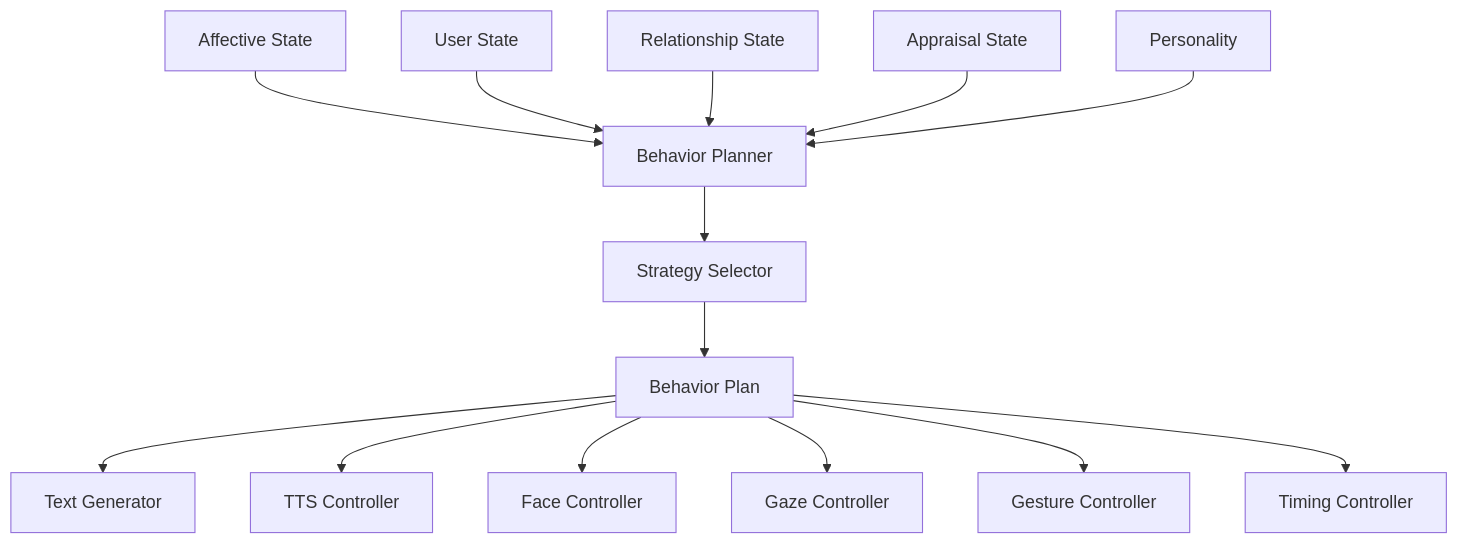
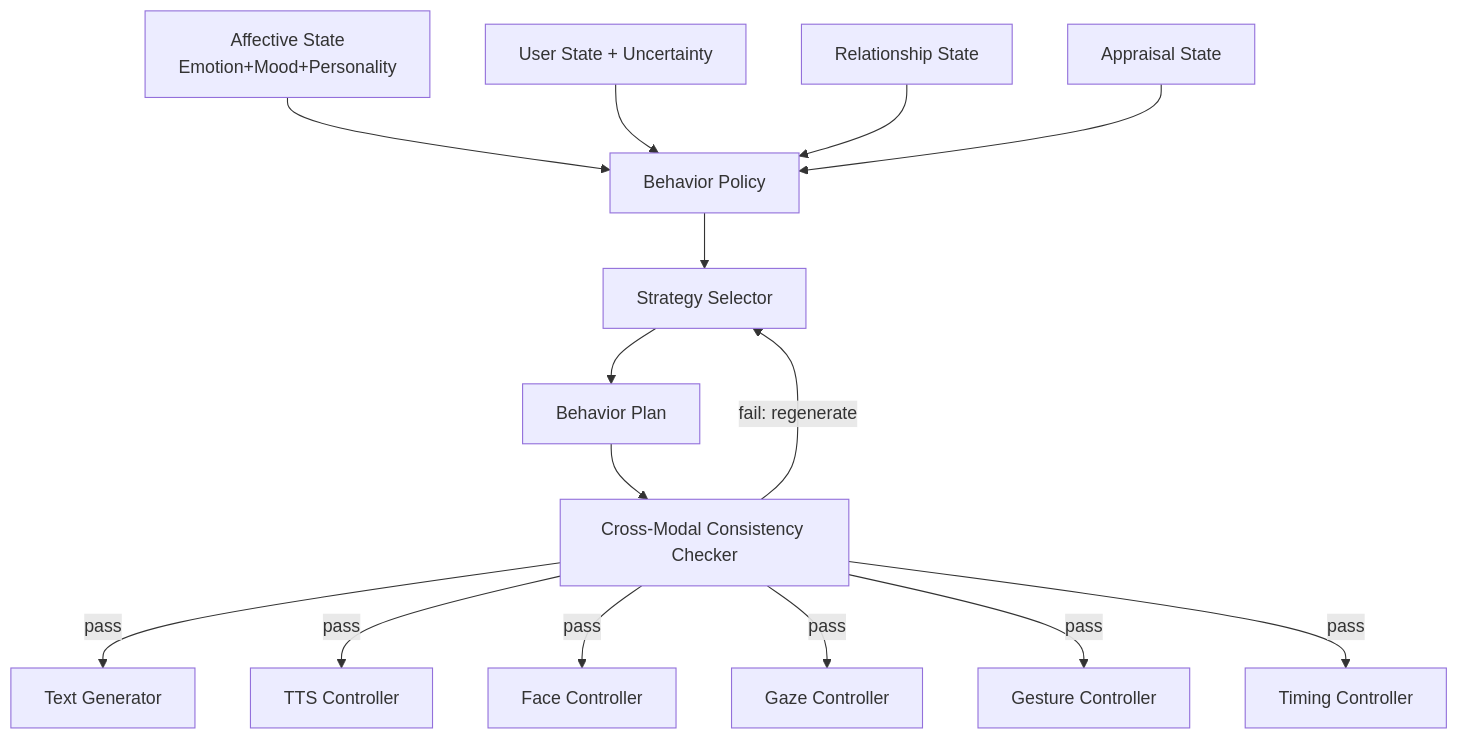
Before and after one commit to ankushkumar14092-dot/EVIORA: the fifth of 13 diagrams in architeqture.md, drawn with Mermaid. The commit also changed other lines of this file, not shown here.

Commit message:
Upgrade architecture v1.0 → v2.0: score 8.6 → 9.5+ with 12 scientific improvements

````diff
--- a/architeqture.md
+++ b/architeqture.md
@@ -968,16 +1364,17 @@
 ```mermaid
 graph TD
-    AS[Affective State] --> BP[Behavior Planner]
-    US[User State] --> BP
-    REL[Relationship State] --> BP
-    APP[Appraisal State] --> BP
-    PERS[Personality] --> BP
-    BP --> STRAT[Strategy Selector]
+    AS[Affective State\nEmotion+Mood+Personality] --> BPOL[Behavior Policy]
+    US[User State + Uncertainty] --> BPOL
+    REL[Relationship State] --> BPOL
+    APP[Appraisal State] --> BPOL
+    BPOL --> STRAT[Strategy Selector]
     STRAT --> PLAN[Behavior Plan]
-    PLAN --> TXT[Text Generator]
-    PLAN --> TTS[TTS Controller]
-    PLAN --> FACE[Face Controller]
-    PLAN --> GAZE[Gaze Controller]
-    PLAN --> GEST[Gesture Controller]
-    PLAN --> TIME[Timing Controller]
+    PLAN --> CMC[Cross-Modal Consistency Checker]
+    CMC --> |pass| TXT[Text Generator]
+    CMC --> |pass| TTS[TTS Controller]
+    CMC --> |pass| FACE[Face Controller]
+    CMC --> |pass| GAZE[Gaze Controller]
+    CMC --> |pass| GEST[Gesture Controller]
+    CMC --> |pass| TIME[Timing Controller]
+    CMC --> |fail: regenerate| STRAT
 ```
````
